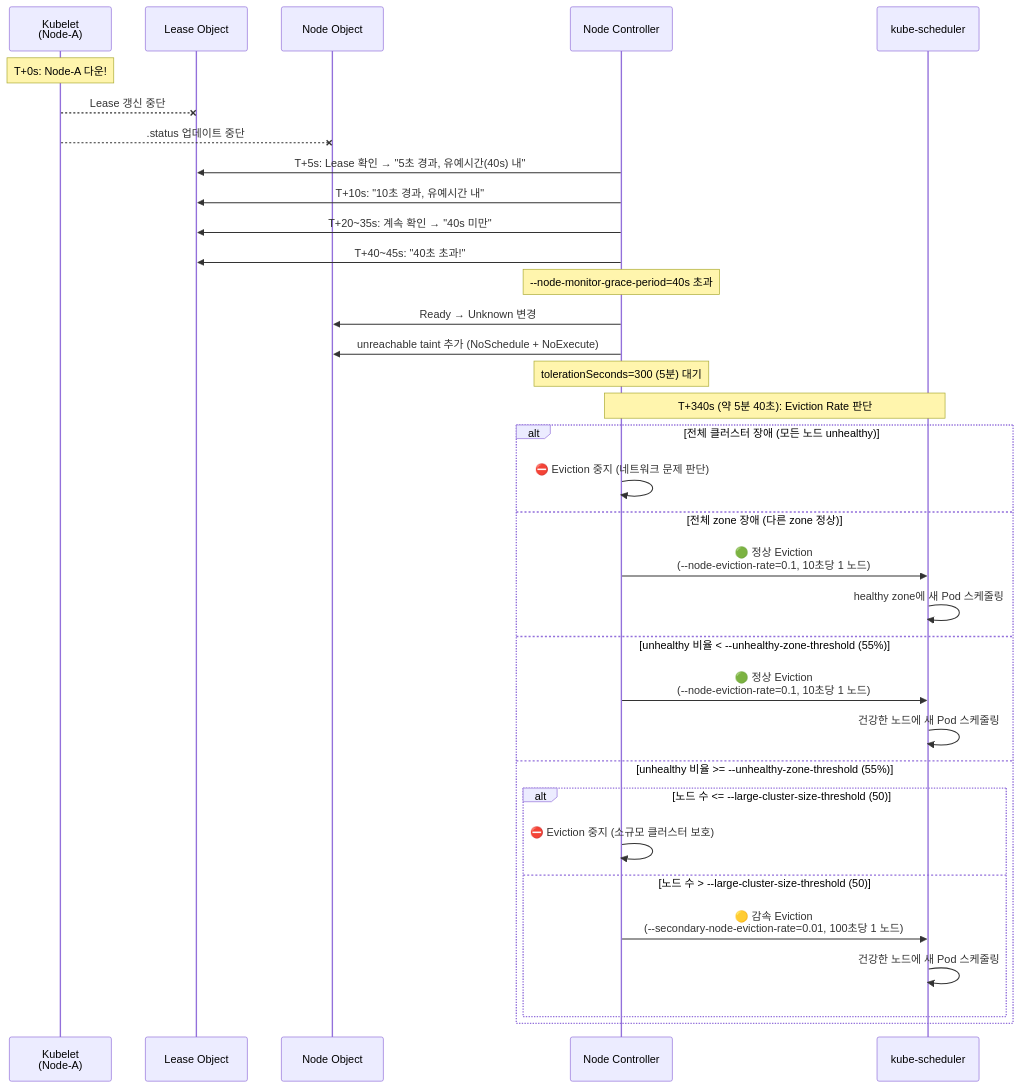
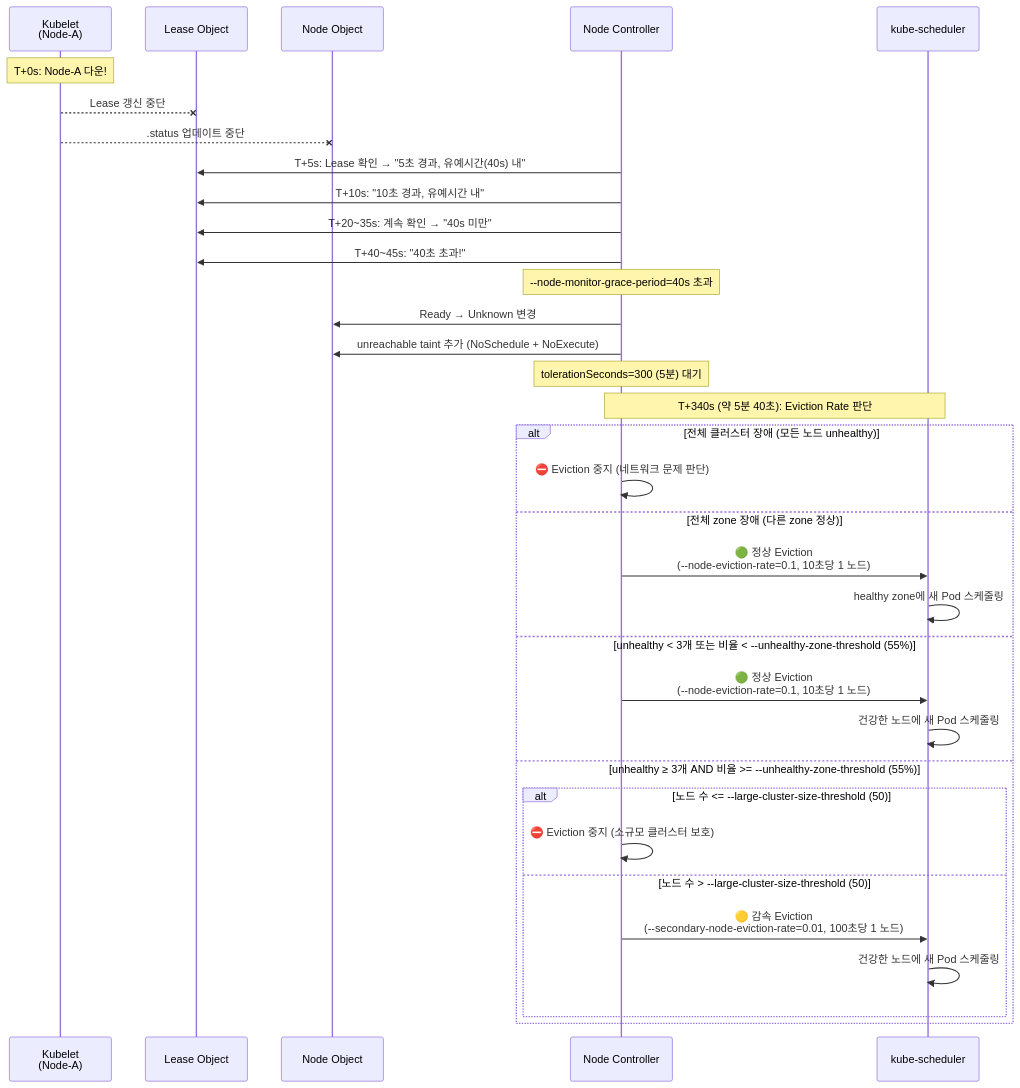
Before and after one commit to pyo-counting/k8s-docs: the third of 3 diagrams in 3_Concepts/2_Cluster Architecture/1_Nodes.md, drawn with Mermaid. The commit also changed other lines of this file, not shown here.

Commit message:
docs: unhealthy 노드 비율 설명 개선 및 flowchart 수정

````diff
--- a/3_Concepts/2_Cluster Architecture/1_Nodes.md
+++ b/3_Concepts/2_Cluster Architecture/1_Nodes.md
@@ -221,43 +220,43 @@
 ``` mermaid
 sequenceDiagram
     participant Kubelet as Kubelet<br/>(Node-A)
     participant Lease as Lease Object
     participant NodeObj as Node Object
     participant NC as Node Controller
     participant Sched as kube-scheduler
 
     Note over Kubelet: T+0s: Node-A 다운!
     Kubelet--xLease: Lease 갱신 중단
     Kubelet--xNodeObj: .status 업데이트 중단
 
     NC->>Lease: T+5s: Lease 확인 → "5초 경과, 유예시간(40s) 내"
     NC->>Lease: T+10s: "10초 경과, 유예시간 내"
     NC->>Lease: T+20~35s: 계속 확인 → "40s 미만"
     NC->>Lease: T+40~45s: "40초 초과!"
 
     Note over NC: --node-monitor-grace-period=40s 초과
 
     NC->>NodeObj: Ready → Unknown 변경
     NC->>NodeObj: unreachable taint 추가 (NoSchedule + NoExecute)
 
     Note over NC: tolerationSeconds=300 (5분) 대기
 
     Note over NC,Sched: T+340s (약 5분 40초): Eviction Rate 판단
 
     alt 전체 클러스터 장애 (모든 노드 unhealthy)
         NC->>NC: ⛔ Eviction 중지 (네트워크 문제 판단)
     else 전체 zone 장애 (다른 zone 정상)
         NC->>Sched: 🟢 정상 Eviction<br/>(--node-eviction-rate=0.1, 10초당 1 노드)
         Sched->>Sched: healthy zone에 새 Pod 스케줄링
-    else unhealthy 비율 < --unhealthy-zone-threshold (55%)
+    else unhealthy < 3개 또는 비율 < --unhealthy-zone-threshold (55%)
         NC->>Sched: 🟢 정상 Eviction<br/>(--node-eviction-rate=0.1, 10초당 1 노드)
         Sched->>Sched: 건강한 노드에 새 Pod 스케줄링
-    else unhealthy 비율 >= --unhealthy-zone-threshold (55%)
+    else unhealthy ≥ 3개 AND 비율 >= --unhealthy-zone-threshold (55%)
         alt 노드 수 <= --large-cluster-size-threshold (50)
             NC->>NC: ⛔ Eviction 중지 (소규모 클러스터 보호)
         else 노드 수 > --large-cluster-size-threshold (50)
             NC->>Sched: 🟡 감속 Eviction<br/>(--secondary-node-eviction-rate=0.01, 100초당 1 노드)
             Sched->>Sched: 건강한 노드에 새 Pod 스케줄링
         end
     end
 ```
````
